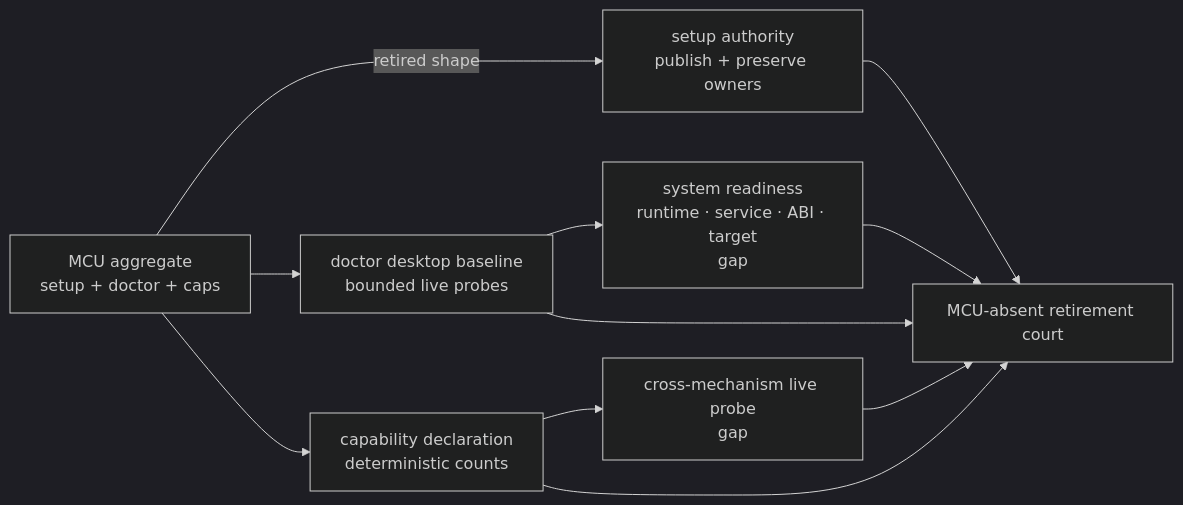
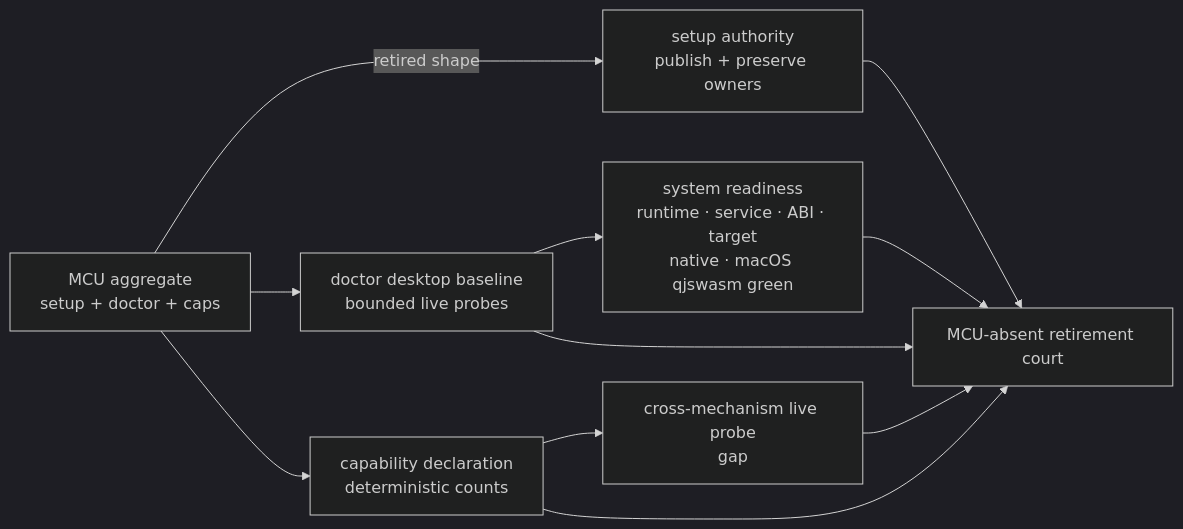
The tenth of 15 diagrams in prd/PRD_02_28_agenterm_cu.md (partnernetsoftware/agenterm), drawn with Mermaid (dark theme) before and after one commit. The commit also changed other lines of this file and 13 other files, not shown here.

Commit message:
cu: make doctor verify system readiness

````diff
--- a/prd/PRD_02_28_agenterm_cu.md
+++ b/prd/PRD_02_28_agenterm_cu.md
@@ -851,9 +852,9 @@
 ```mermaid
 flowchart LR
   OLD["MCU aggregate<br/>setup + doctor + caps"] -->|retired shape| SET["setup authority<br/>publish + preserve owners"]
   OLD --> BASE["doctor desktop baseline<br/>bounded live probes"]
   OLD --> DECL["capability declaration<br/>deterministic counts"]
-  BASE --> SYS["system readiness<br/>runtime · service · ABI · target<br/>gap"]
+  BASE --> SYS["system readiness<br/>runtime · service · ABI · target<br/>native · macOS qjswasm green"]
   DECL --> LIVE["cross-mechanism live probe<br/>gap"]
   SET & BASE & DECL & SYS & LIVE --> RET["MCU-absent retirement court"]
 ```
````
